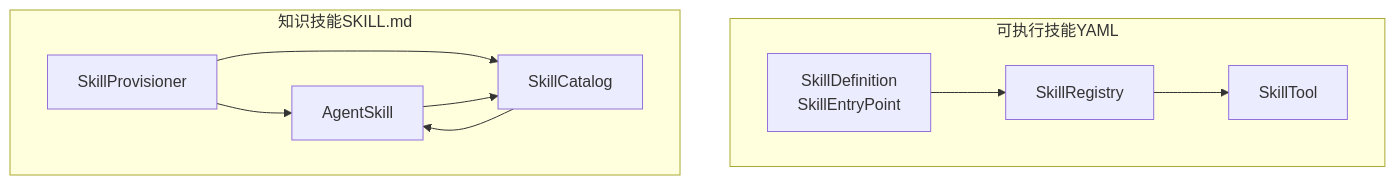
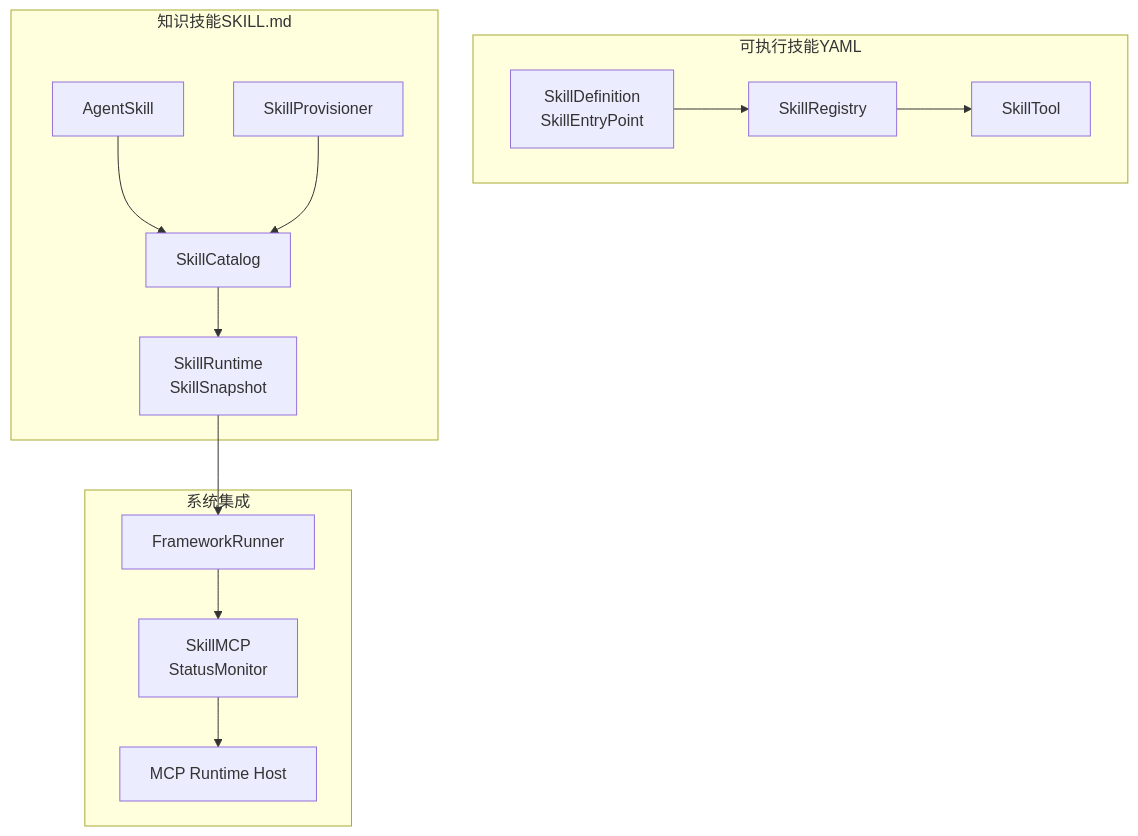
The first of 7 diagrams in .qoder/repowiki/zh/content/扩展开发/技能系统.md (ixiejun/macaca), drawn with Mermaid before and after one commit. The commit also changed other lines of this file and 49 other files, not shown here.

````diff
--- a/.qoder/repowiki/zh/content/扩展开发/技能系统.md
+++ b/.qoder/repowiki/zh/content/扩展开发/技能系统.md
@@ -44,19 +62,27 @@
 ```mermaid
 graph TB
 subgraph "可执行技能YAML"
 D["SkillDefinition<br/>SkillEntryPoint"]
 R["SkillRegistry"]
 T["SkillTool"]
 end
 subgraph "知识技能SKILL.md"
 A["AgentSkill"]
 C["SkillCatalog"]
 P["SkillProvisioner"]
+RT["SkillRuntime<br/>SkillSnapshot"]
+end
+subgraph "系统集成"
+FR["FrameworkRunner"]
+SM["SkillMCP<br/>StatusMonitor"]
+MCP["MCP Runtime Host"]
 end
 D --> R
 R --> T
 A --> C
-C --> A
+C --> RT
 P --> C
-P --> A
+RT --> FR
+FR --> SM
+SM --> MCP
 ```
````
